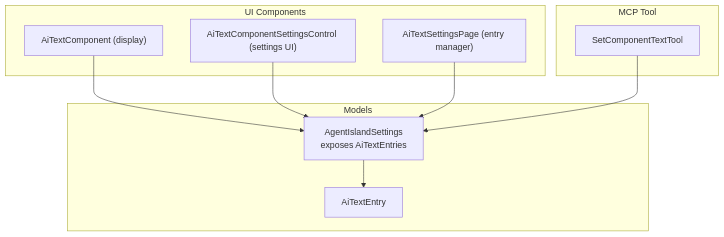
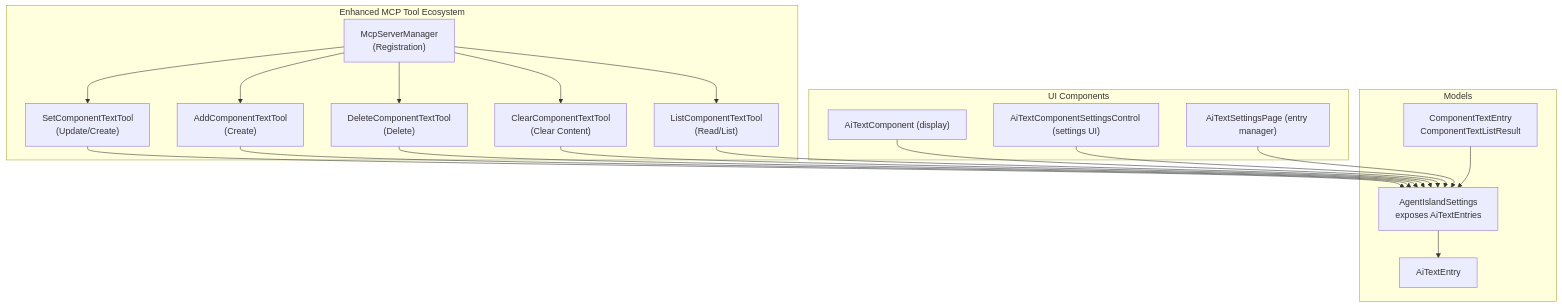
Before and after one commit to ShihaoShenDev/AgentIsland: the first of 9 diagrams in .qoder/repowiki/en/content/Configuration Management/AI Text Component Configuration.md, drawn with Mermaid. The commit also changed other lines of this file and 116 other files, not shown here.

````diff
--- a/.qoder/repowiki/en/content/Configuration Management/AI Text Component Configuration.md
+++ b/.qoder/repowiki/en/content/Configuration Management/AI Text Component Configuration.md
@@ -34,20 +48,36 @@
 ```mermaid
 graph TB
 subgraph "Models"
 A["AiTextEntry"]
 B["AgentIslandSettings<br/>exposes AiTextEntries"]
+C["ComponentTextEntry<br/>ComponentTextListResult"]
 end
 subgraph "UI Components"
-C["AiTextComponent (display)"]
-D["AiTextComponentSettingsControl (settings UI)"]
-E["AiTextSettingsPage (entry manager)"]
+D["AiTextComponent (display)"]
+E["AiTextComponentSettingsControl (settings UI)"]
+F["AiTextSettingsPage (entry manager)"]
 end
-subgraph "MCP Tool"
-F["SetComponentTextTool"]
+subgraph "Enhanced MCP Tool Ecosystem"
+G["SetComponentTextTool<br/>(Update/Create)"]
+H["AddComponentTextTool<br/>(Create)"]
+I["DeleteComponentTextTool<br/>(Delete)"]
+J["ClearComponentTextTool<br/>(Clear Content)"]
+K["ListComponentTextTool<br/>(Read/List)"]
+L["McpServerManager<br/>(Registration)"]
 end
 B --> A
 C --> B
 D --> B
 E --> B
 F --> B
+G --> B
+H --> B
+I --> B
+J --> B
+K --> B
+L --> G
+L --> H
+L --> I
+L --> J
+L --> K
 ```
````
